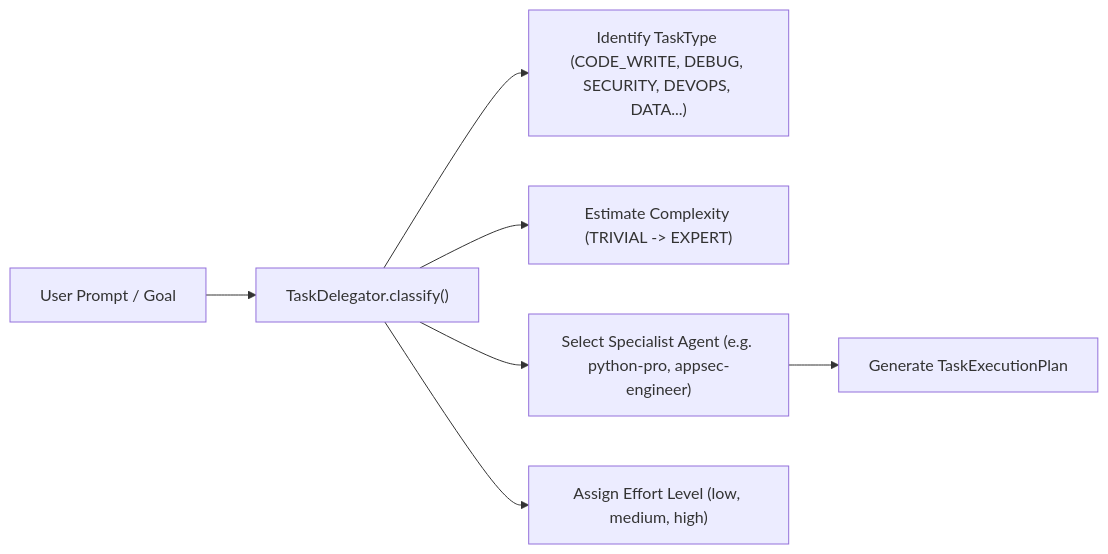
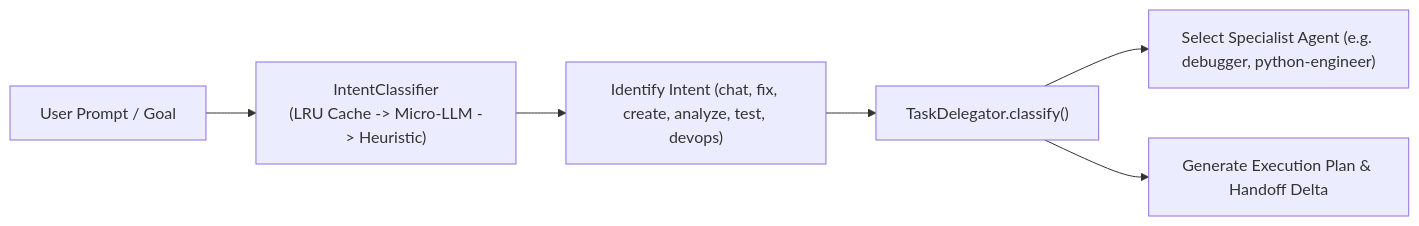
One commit to SAGO-AUTOMATES/SAGO-Agent changed the fourth of 7 diagrams in docs/FLOWS.md. Above: the diagram before and after it, drawn with Mermaid. The commit also changed other lines of this file and 1 other file, not shown here.

Commit message:
docs: synchronize FLOWS.md and PROJECT.md with latest engine, memory, and telemetry architecture

````diff
--- a/docs/FLOWS.md
+++ b/docs/FLOWS.md
@@ -129,9 +129,8 @@
 ```mermaid
 flowchart LR
-    Task["User Prompt / Goal"] --> TD["TaskDelegator.classify()"]
-    TD --> Type["Identify TaskType (CODE_WRITE, DEBUG, SECURITY, DEVOPS, DATA...)"]
-    TD --> Complexity["Estimate Complexity (TRIVIAL -> EXPERT)"]
-    TD --> AgentMatch["Select Specialist Agent (e.g. python-pro, appsec-engineer)"]
-    TD --> Effort["Assign Effort Level (low, medium, high)"]
-    AgentMatch --> Plan["Generate TaskExecutionPlan"]
+    Task["User Prompt / Goal"] --> Intent["IntentClassifier\n(LRU Cache -> Micro-LLM -> Heuristic)"]
+    Intent --> Type["Identify Intent (chat, fix, create, analyze, test, devops)"]
+    Type --> TD["TaskDelegator.classify()"]
+    TD --> AgentMatch["Select Specialist Agent (e.g. debugger, python-engineer)"]
+    TD --> Plan["Generate Execution Plan & Handoff Delta"]
 ```
````
